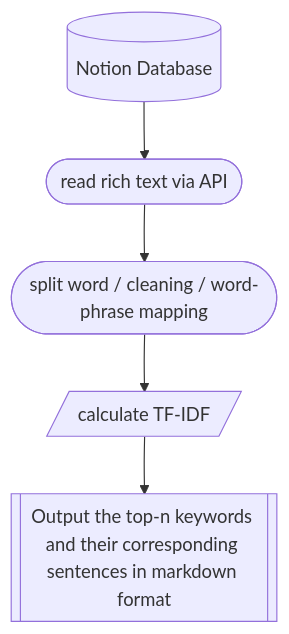
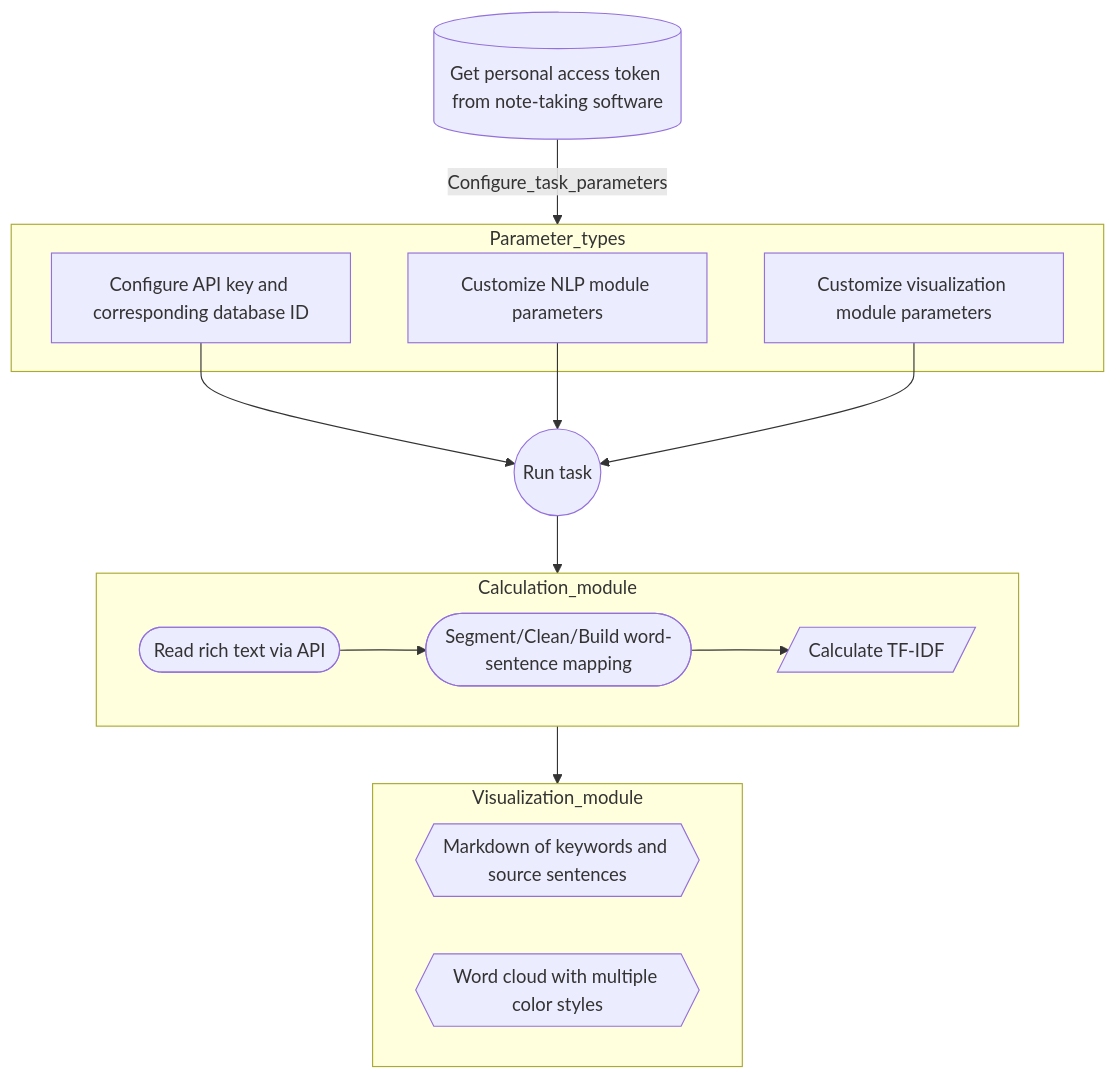
Before and after one commit to dario-github/notion-nlp: the diagram in README.md, drawn with Mermaid. The commit also changed other lines of this file and 6 other files, not shown here.

````diff
--- a/README.md
+++ b/README.md
@@ -66,5 +66,30 @@
 ```mermaid
 flowchart TB
+A1[(Get personal access token from note-taking software)]
+B2[Customize NLP module parameters]
+B3[Customize visualization module parameters]
+B1[Configure API key and corresponding database ID]
+C1((Run task))
+D1([Read rich text via API]) 
+D2([Segment/Clean/Build word-sentence mapping])
+D3[/Calculate TF-IDF/]
+E1{{Markdown of keywords and source sentences}}
+E2{{Word cloud with multiple color styles}}
 
-A[(Notion Database)] --> B([read rich text via API]) --> C([split word / cleaning / word-phrase mapping]) --> D[/calculate TF-IDF/] --> E[[Output the top-n keywords and their corresponding sentences in markdown format]]
+  A1 -- Configure_task_parameters --> Parameter_types
+  subgraph Parameter_types
+  B1
+  B2
+  B3
+  end
+  B1 & B2 & B3 --> C1
+  C1 --> Calculation_module
+  subgraph Calculation_module
+  D1 --> D2 --> D3
+  end
+  Calculation_module --> Visualization_module
+  subgraph Visualization_module
+  E1
+  E2
+  end
 ```
````
